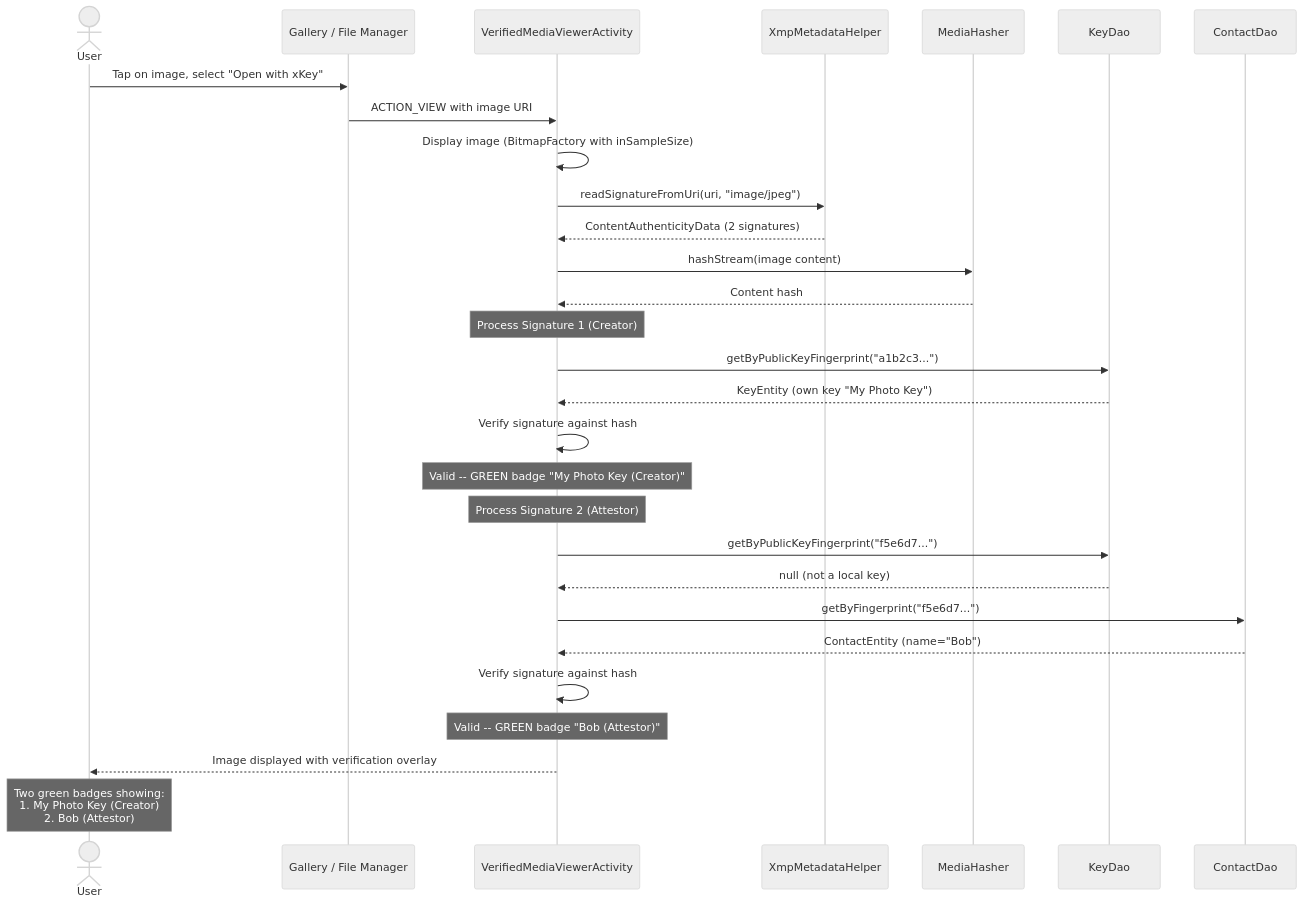
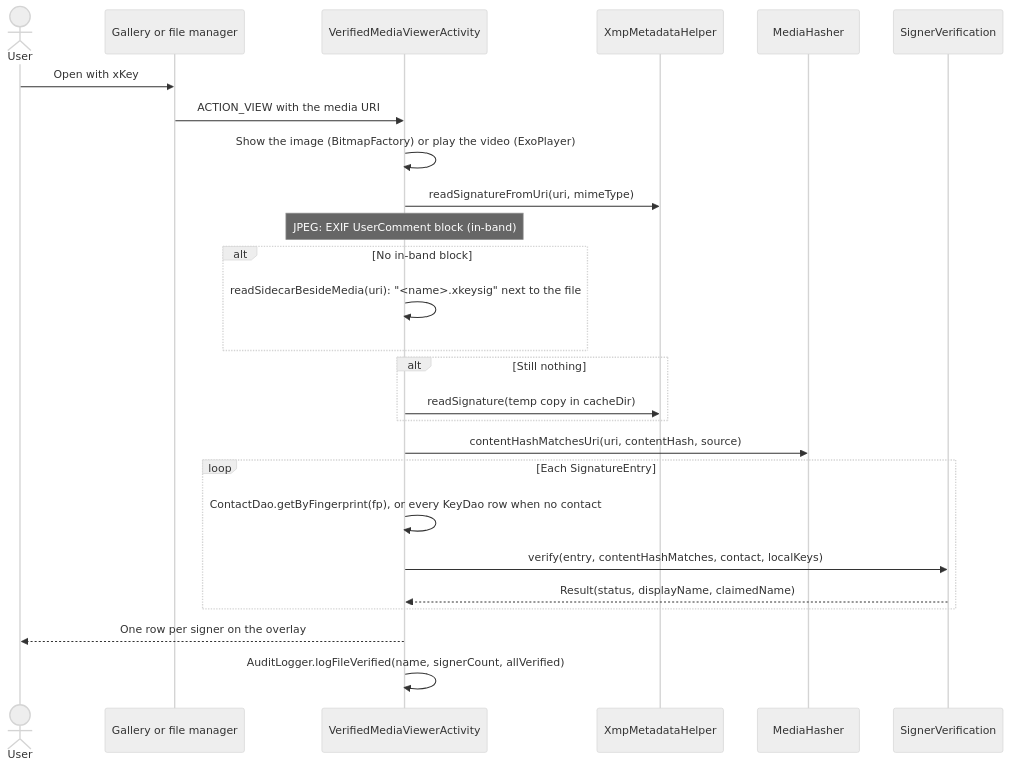
The diagram in docs/verified-media-viewer/architecture.md (jeremyhahn/xkey-android), drawn with Mermaid (neutral theme) before and after one commit. The commit also changed other lines of this file and 39 other files, not shown here.

````diff
--- a/docs/verified-media-viewer/architecture.md
+++ b/docs/verified-media-viewer/architecture.md
@@ -10,38 +12,31 @@
 ```mermaid
 sequenceDiagram
     actor User
-    participant Gallery as Gallery / File Manager
+    participant Gallery as Gallery or file manager
     participant VMA as VerifiedMediaViewerActivity
     participant XMP as XmpMetadataHelper
     participant MH as MediaHasher
-    participant KD as KeyDao
-    participant CD as ContactDao
+    participant SV as SignerVerification
 
-    User->>Gallery: Tap on image, select "Open with xKey"
-    Gallery->>VMA: ACTION_VIEW with image URI
+    User->>Gallery: Open with xKey
+    Gallery->>VMA: ACTION_VIEW with the media URI
+    VMA->>VMA: Show the image (BitmapFactory) or play the video (ExoPlayer)
 
-    VMA->>VMA: Display image (BitmapFactory with inSampleSize)
+    VMA->>XMP: readSignatureFromUri(uri, mimeType)
+    Note over VMA: JPEG: EXIF UserComment block (in-band)
+    alt No in-band block
+        VMA->>VMA: readSidecarBesideMedia(uri): "<name>.xkeysig" next to the file
+    end
+    alt Still nothing
+        VMA->>XMP: readSignature(temp copy in cacheDir)
+    end
 
-    VMA->>XMP: readSignatureFromUri(uri, "image/jpeg")
-    XMP-->>VMA: ContentAuthenticityData (2 signatures)
-
-    VMA->>MH: hashStream(image content)
-    MH-->>VMA: Content hash
-
-    Note over VMA: Process Signature 1 (Creator)
-    VMA->>KD: getByPublicKeyFingerprint("a1b2c3...")
-    KD-->>VMA: KeyEntity (own key "My Photo Key")
-    VMA->>VMA: Verify signature against hash
-    Note over VMA: Valid -- GREEN badge "My Photo Key (Creator)"
-
-    Note over VMA: Process Signature 2 (Attestor)
-    VMA->>KD: getByPublicKeyFingerprint("f5e6d7...")
-    KD-->>VMA: null (not a local key)
-    VMA->>CD: getByFingerprint("f5e6d7...")
-    CD-->>VMA: ContactEntity (name="Bob")
-    VMA->>VMA: Verify signature against hash
-    Note over VMA: Valid -- GREEN badge "Bob (Attestor)"
-
-    VMA-->>User: Image displayed with verification overlay
-    Note over User: Two green badges showing:<br/>1. My Photo Key (Creator)<br/>2. Bob (Attestor)
+    VMA->>MH: contentHashMatchesUri(uri, contentHash, source)
+    loop Each SignatureEntry
+        VMA->>VMA: ContactDao.getByFingerprint(fp), or every KeyDao row when no contact
+        VMA->>SV: verify(entry, contentHashMatches, contact, localKeys)
+        SV-->>VMA: Result(status, displayName, claimedName)
+    end
+    VMA-->>User: One row per signer on the overlay
+    VMA->>VMA: AuditLogger.logFileVerified(name, signerCount, allVerified)
 ```
````
